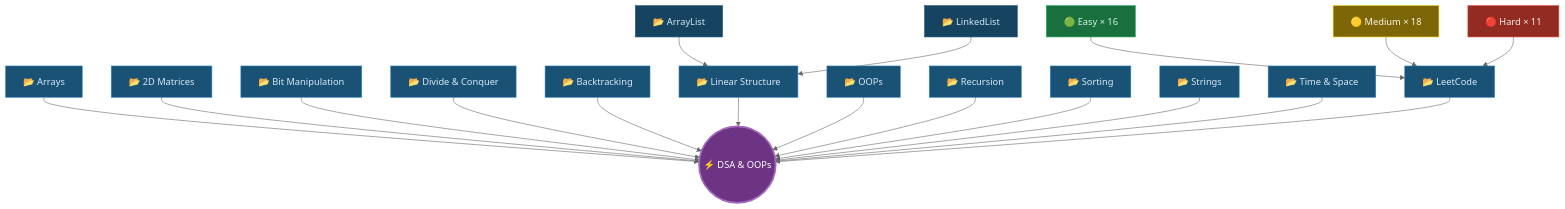
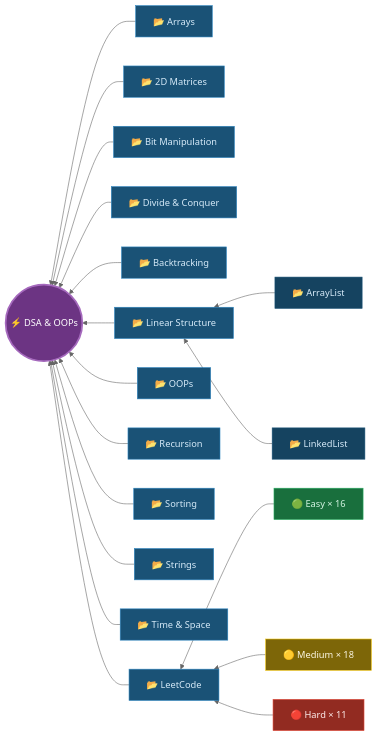
Before and after one commit to raghuvanshi-sec/DSA: the second of 2 diagrams in README.md, drawn with Mermaid (neutral theme).

Commit message:
docs: change mermaid diagram orientation from top-down to right-to-left in README

````diff
--- a/README.md
+++ b/README.md
@@ -82,43 +82,43 @@
 ```mermaid
-graph TD
+graph RL
     R(("⚡ DSA & OOPs"))
 
     A["📂 Arrays"] --> R
     M["📂 2D Matrices"] --> R
     B["📂 Bit Manipulation"] --> R
     DC["📂 Divide & Conquer"] --> R
     BK["📂 Backtracking"] --> R
     LS["📂 Linear Structure"] --> R
     O["📂 OOPs"] --> R
     REC["📂 Recursion"] --> R
     S["📂 Sorting"] --> R
     ST["📂 Strings"] --> R
     TS["📂 Time & Space"] --> R
     LC["📂 LeetCode"] --> R
 
     AL["📂 ArrayList"] --> LS
     LL["📂 LinkedList"] --> LS
 
     E["🟢 Easy × 16"] --> LC
     MD["🟡 Medium × 18"] --> LC
     H["🔴 Hard × 11"] --> LC
 
     style R fill:#6c3483,stroke:#a569bd,stroke-width:3px,color:#fff
     style A fill:#1a5276,stroke:#2e86c1,color:#d6eaf8
     style M fill:#1a5276,stroke:#2e86c1,color:#d6eaf8
     style B fill:#1a5276,stroke:#2e86c1,color:#d6eaf8
     style DC fill:#1a5276,stroke:#2e86c1,color:#d6eaf8
     style BK fill:#1a5276,stroke:#2e86c1,color:#d6eaf8
     style LS fill:#1a5276,stroke:#2e86c1,color:#d6eaf8
     style AL fill:#154360,stroke:#1a5276,color:#d6eaf8
     style LL fill:#154360,stroke:#1a5276,color:#d6eaf8
     style O fill:#1a5276,stroke:#2e86c1,color:#d6eaf8
     style REC fill:#1a5276,stroke:#2e86c1,color:#d6eaf8
     style S fill:#1a5276,stroke:#2e86c1,color:#d6eaf8
     style ST fill:#1a5276,stroke:#2e86c1,color:#d6eaf8
     style TS fill:#1a5276,stroke:#2e86c1,color:#d6eaf8
     style LC fill:#1a5276,stroke:#2e86c1,color:#d6eaf8
     style E fill:#196f3d,stroke:#27ae60,color:#d5f5e3
     style MD fill:#7d6608,stroke:#f1c40f,color:#fef9e7
     style H fill:#922b21,stroke:#e74c3c,color:#fdedec
 ```
````
